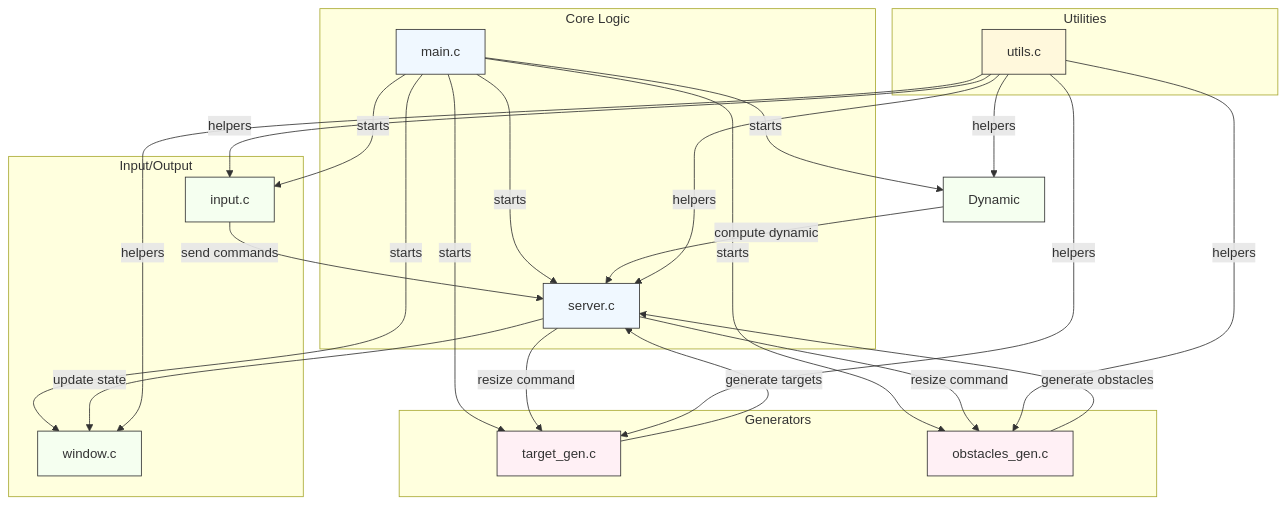
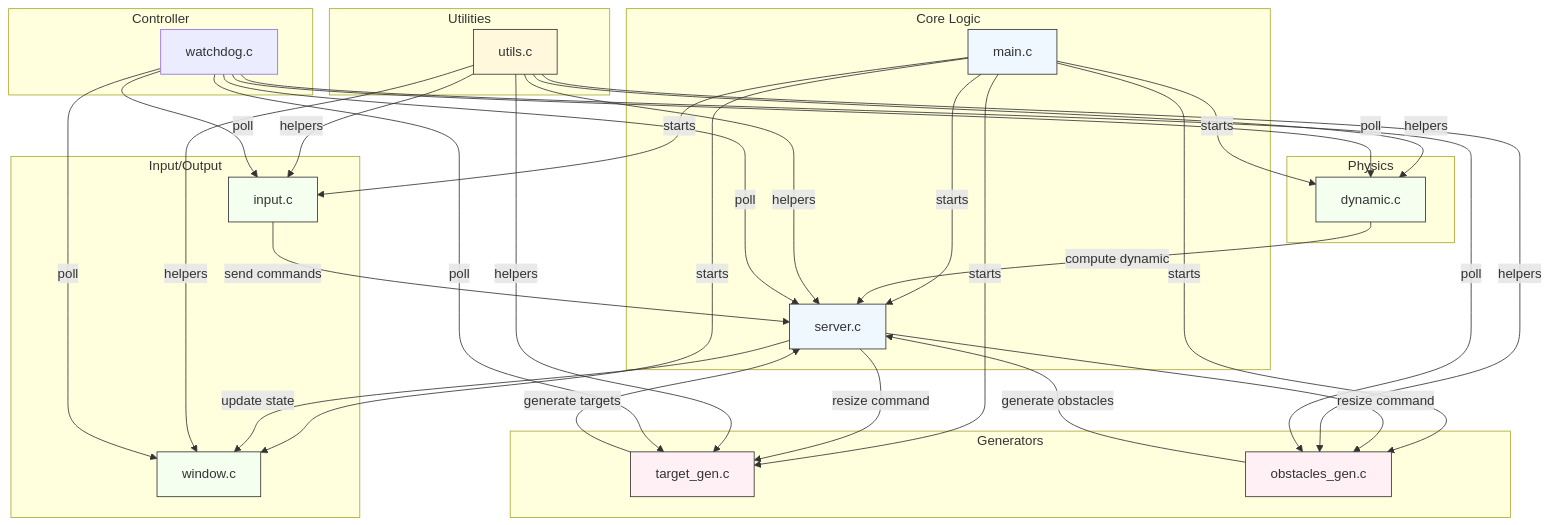
One commit to antozerba/ARP_project changed the diagram in README.md. Above: the diagram before and after it, drawn with Mermaid. The commit also changed other lines of this file and 19 other files, not shown here.

````diff
--- a/README.md
+++ b/README.md
@@ -74,55 +75,68 @@
 ```mermaid
 flowchart TB
   %% Subgraphs per tipo
   subgraph Core [Core Logic]
     Main[main.c]
     Server[server.c]
   end
 
   subgraph Generators [Generators]
     TG[target_gen.c]
     OG[obstacles_gen.c]
+  end
+  subgraph Controller [Controller]
+    WD[watchdog.c]
+  end
+  subgraph Physics [Physics]
+    Dynamic[dynamic.c]
   end
 
   subgraph IO [Input/Output]
     Input[input.c]
     Window[window.c]
   end
 
   subgraph Utilities [Utilities]
     Utils[utils.c]
   end
 
   %% Flussi
   Main -->|starts| Server
   Main -->|starts| Input
   Main -->|starts| Window
   Main -->|starts| Dynamic
   Main -->|starts| OG
   Main -->|starts| TG
 
   TG -->|generate targets| Server
   OG -->|generate obstacles| Server
   Input -->|send commands| Server
   Dynamic -->|compute dynamic| Server
   Server -->|update state| Window
   Server -->|resize command| OG
   Server -->|resize command| TG
   Utils -->|helpers| Server
   Utils -->|helpers| Window
   Utils -->|helpers| Input
   Utils -->|helpers| Dynamic
   Utils -->|helpers| TG
   Utils -->|helpers| OG
 
+  WD -->|poll| Server
+  WD -->|poll| Input
+  WD -->|poll| Dynamic
+  WD -->|poll| TG
+  WD -->|poll| OG
+  WD -->|poll| Window
+
   %% Styling
   classDef core fill:#f0f8ff,stroke:#333,stroke-width:1px;
   classDef gen fill:#fff0f5,stroke:#333,stroke-width:1px;
   classDef io fill:#f5fff0,stroke:#333,stroke-width:1px;
   classDef util fill:#fff8dc,stroke:#333,stroke-width:1px;
 
   class Main,Server core;
   class TG,OG gen;
   class Input,Window,Dynamic io;
   class Utils util;
 ```
````
